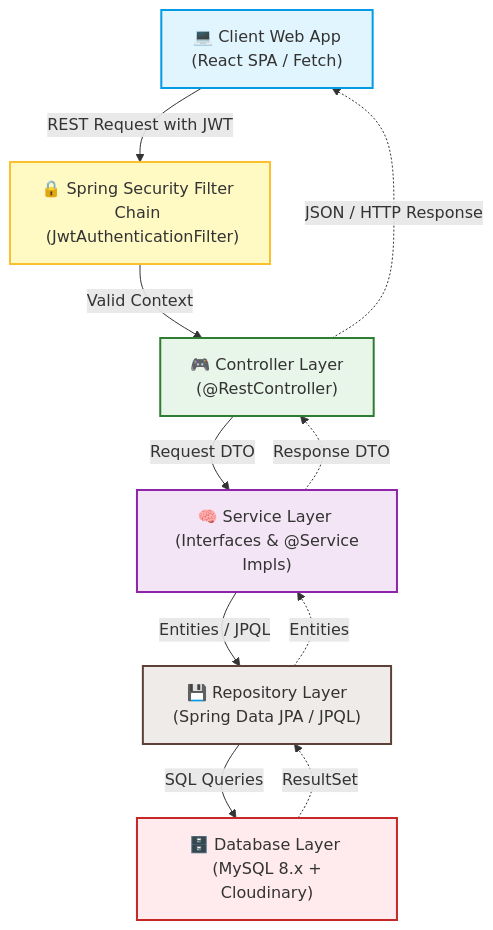
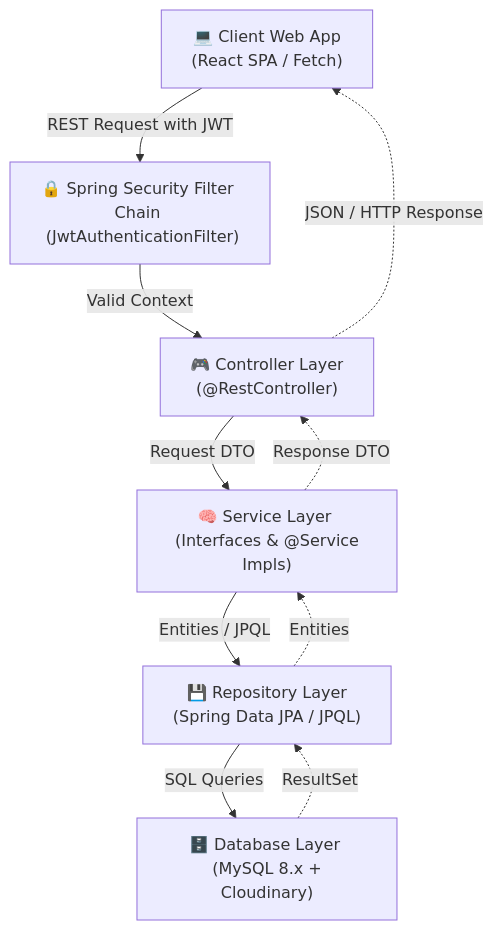
Before and after one commit to Gurry-12/insurance-policy-claim-management-system: the diagram in docs/system_architecture.md, drawn with Mermaid. The commit also changed 3 other files, not shown here.

Commit message:
docs: Remove custom diagram style classes to support dual-theme light/dark mode

````diff
--- a/docs/system_architecture.md
+++ b/docs/system_architecture.md
@@ -7,26 +7,19 @@
 ```mermaid
 graph TD
-    classDef client fill:#e1f5fe,stroke:#039be5,stroke-width:2px;
-    classDef security fill:#fff9c4,stroke:#fbc02d,stroke-width:2px;
-    classDef controller fill:#e8f5e9,stroke:#2e7d32,stroke-width:2px;
-    classDef service fill:#f3e5f5,stroke:#8e24aa,stroke-width:2px;
-    classDef repo fill:#efebe9,stroke:#5d4037,stroke-width:2px;
-    classDef db fill:#ffebee,stroke:#c62828,stroke-width:2px;
-
-    Client["💻 Client Web App <br> (React SPA / Fetch)"]:::client
-    Filter["🔒 Spring Security Filter Chain <br> (JwtAuthenticationFilter)"]:::security
-    Controller["🎮 Controller Layer <br> (@RestController)"]:::controller
-    Service["🧠 Service Layer <br> (Interfaces & @Service Impls)"]:::service
-    Repo["💾 Repository Layer <br> (Spring Data JPA / JPQL)"]:::repo
-    DB["🗄️ Database Layer <br> (MySQL 8.x + Cloudinary)"]:::db
+    Client["💻 Client Web App <br> (React SPA / Fetch)"]
+    Filter["🔒 Spring Security Filter Chain <br> (JwtAuthenticationFilter)"]
+    Controller["🎮 Controller Layer <br> (@RestController)"]
+    Service["🧠 Service Layer <br> (Interfaces & @Service Impls)"]
+    Repo["💾 Repository Layer <br> (Spring Data JPA / JPQL)"]
+    DB["🗄️ Database Layer <br> (MySQL 8.x + Cloudinary)"]
 
     Client -->|REST Request with JWT| Filter
     Filter -->|Valid Context| Controller
     Controller -->|Request DTO| Service
     Service -->|Entities / JPQL| Repo
     Repo -->|SQL Queries| DB
     DB -.->|ResultSet| Repo
     Repo -.->|Entities| Service
     Service -.->|Response DTO| Controller
     Controller -.->|JSON / HTTP Response| Client
 ```
````
